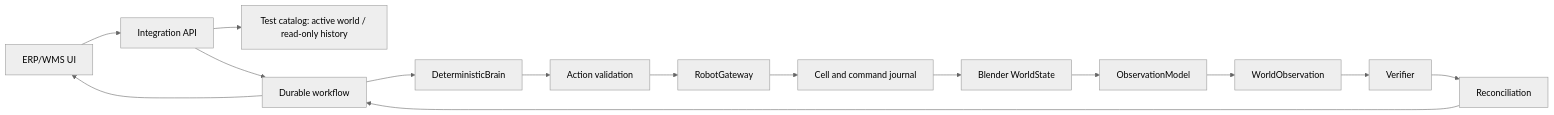
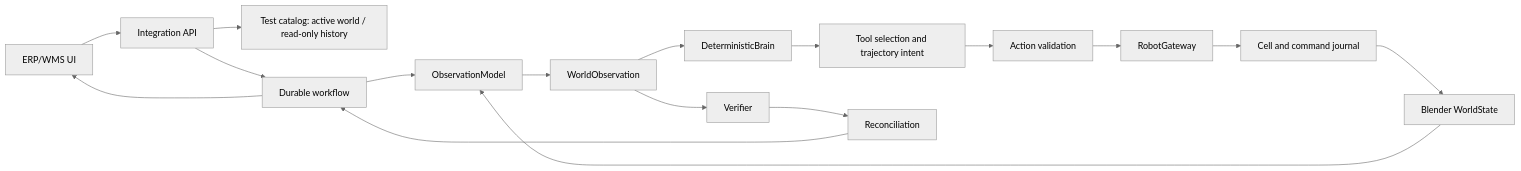
Before and after one commit to raal1600/SICS-RobotOps-Twin-E2E-Warehouse-Robotics-Integration-Simulator: the diagram in README.md, drawn with Mermaid (neutral theme). The commit also changed other lines of this file and 259 other files, not shown here.

````diff
--- a/README.md
+++ b/README.md
@@ -147,17 +174,19 @@
 ```mermaid
 flowchart LR
     ERP[ERP/WMS UI] --> API[Integration API]
     API --> TEST[Test catalog: active world / read-only history]
     API --> WF[Durable workflow]
-    WF --> B[DeterministicBrain]
-    B --> V[Action validation]
+    WF --> O[ObservationModel]
+    WO[WorldObservation] --> B[DeterministicBrain]
+    B --> P[Tool selection and trajectory intent]
+    P --> V[Action validation]
     V --> G[RobotGateway]
     G --> C[Cell and command journal]
     C --> W[Blender WorldState]
-    W --> O[ObservationModel]
-    O --> WO[WorldObservation]
+    W --> O
+    O --> WO
     WO --> VERIFY[Verifier]
     VERIFY --> R[Reconciliation]
     R --> WF
     WF --> ERP
 ```
````
